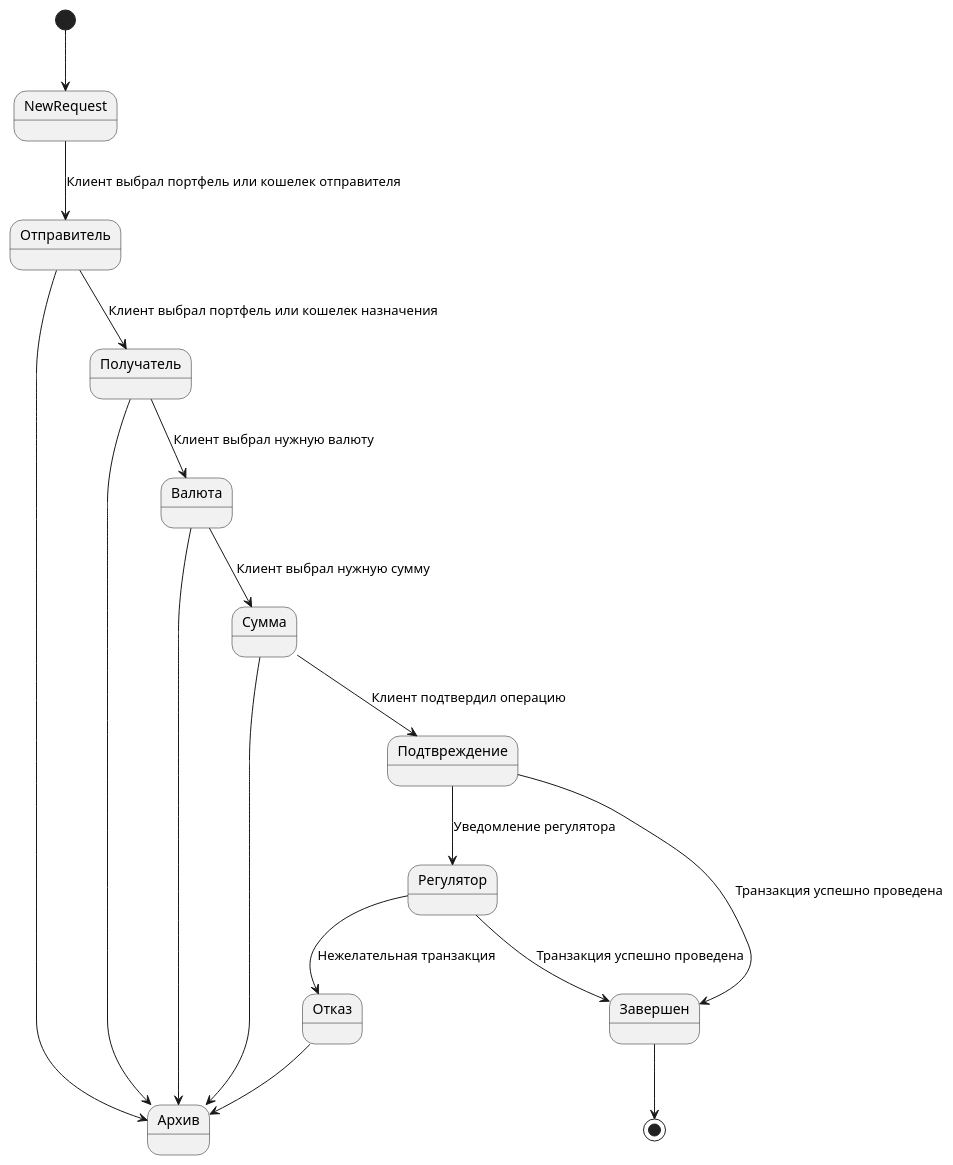
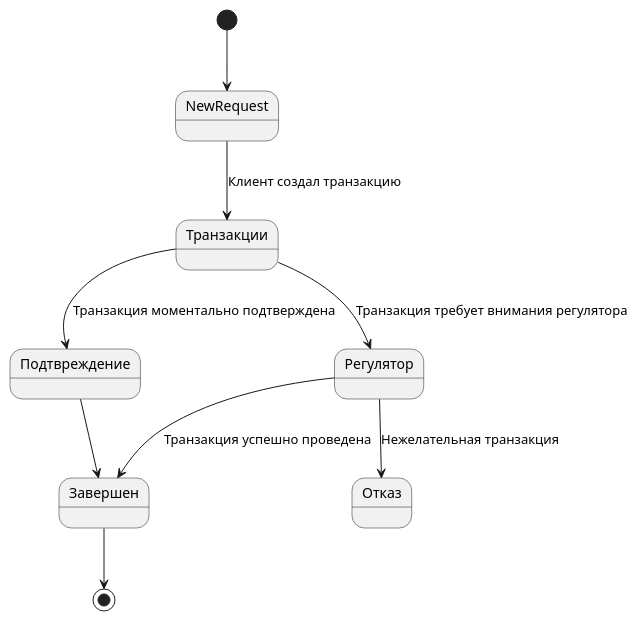
One commit to nightnoryu/software-design changed the diagram in 2. Технический проект/State.md. Above: the diagram before and after it, drawn with PlantUML. The commit also changed 1 other file, not shown here.

Commit message:
Переписал state'ы, так как в них оказалась часть activity

````diff
--- a/2. Технический проект/State.md
+++ b/2. Технический проект/State.md
@@ -3,29 +3,17 @@
 ```plantuml
 @startuml
-state "Отправитель" as Source
-state "Получатель" as Destination
-state "Валюта" as Currency
-state "Сумма" as Sum
+state "Транзакции" as Transaction
 state "Подтвреждение" as Approval
 state "Регулятор" as Regulator
 state "Отказ" as Failure
-state "Архив" as Archive
 state "Завершен" as Finished
 [*] --> NewRequest
-NewRequest --> Source : Клиент выбрал портфель или кошелек отправителя
-Source --> Destination : Клиент выбрал портфель или кошелек назначения
-Source --> Archive
-Destination --> Currency : Клиент выбрал нужную валюту
-Destination --> Archive
-Currency --> Sum : Клиент выбрал нужную сумму
-Currency --> Archive
-Sum --> Approval : Клиент подтвердил операцию
-Sum --> Archive
-Approval --> Finished : Транзакция успешно проведена
-Approval --> Regulator : Уведомление регулятора
+NewRequest --> Transaction : Клиент создал транзакцию
+Transaction --> Approval : Транзакция моментально подтверждена
+Transaction --> Regulator : Транзакция требует внимания регулятора
+Approval --> Finished
 Regulator --> Failure : Нежелательная транзакция
-Failure --> Archive
 Regulator --> Finished : Транзакция успешно проведена
 Finished --> [*]
 @enduml
 ```
````
